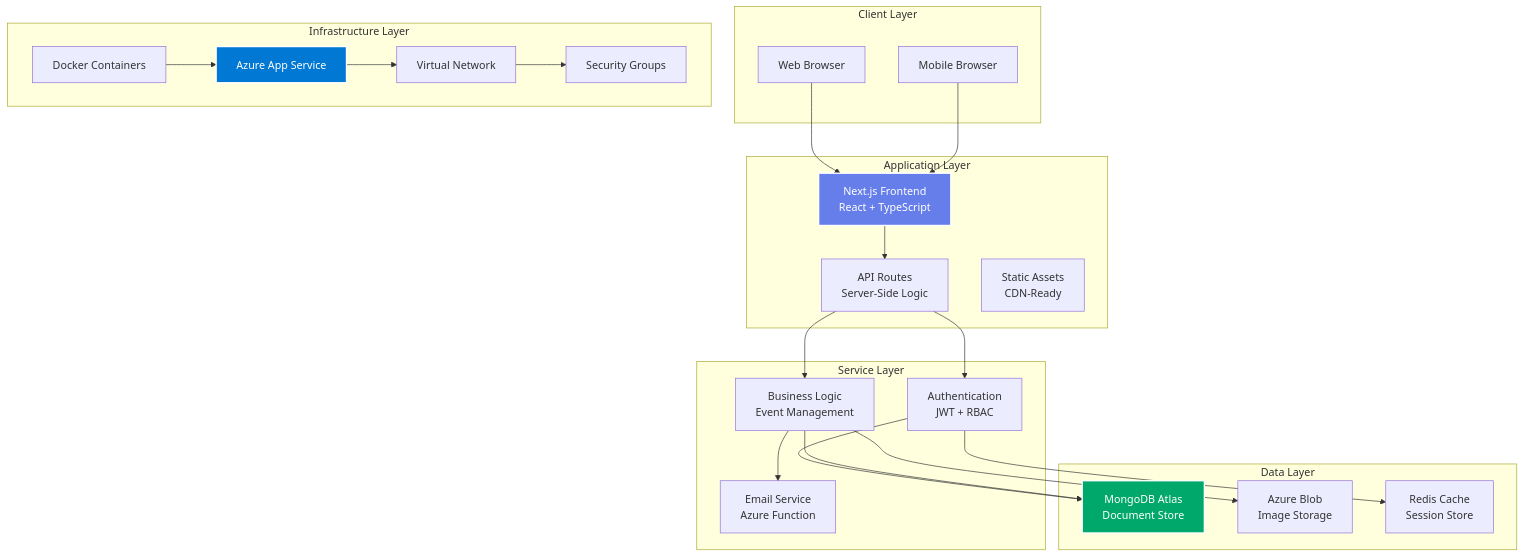
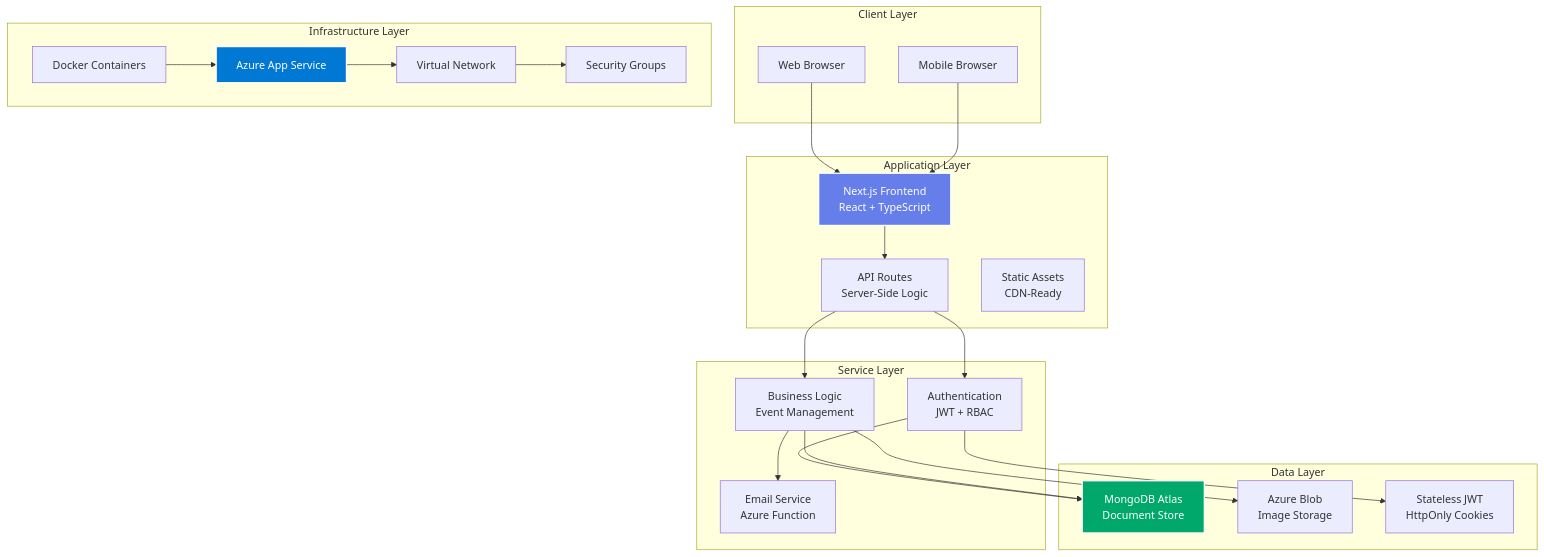
One commit to mvulcu/devops-portfolio-docs changed the first of 6 diagrams in docs/kulturHub/architecture.md. Above: the diagram before and after it, drawn with Mermaid. The commit also changed other lines of this file and 4 other files, not shown here.

First line of the commit message:
docs(kulturhub): harden architecture, security and cicd best practices

````diff
--- a/docs/kulturHub/architecture.md
+++ b/docs/kulturHub/architecture.md
@@ -15,51 +15,51 @@
 ```mermaid
 graph TB
     subgraph "Client Layer"
         A[Web Browser]
         B[Mobile Browser]
     end
     
     subgraph "Application Layer"
         C[Next.js Frontend<br/>React + TypeScript]
         D[API Routes<br/>Server-Side Logic]
         E[Static Assets<br/>CDN-Ready]
     end
     
     subgraph "Service Layer"
         F[Authentication<br/>JWT + RBAC]
         G[Business Logic<br/>Event Management]
         H[Email Service<br/>Azure Function]
     end
     
     subgraph "Data Layer"
         I[MongoDB Atlas<br/>Document Store]
         J[Azure Blob<br/>Image Storage]
-        K[Redis Cache<br/>Session Store]
+        K[Stateless JWT<br/>HttpOnly Cookies]
     end
     
     subgraph "Infrastructure Layer"
         L[Docker Containers]
         M[Azure App Service]
         N[Virtual Network]
         O[Security Groups]
     end
     
     A --> C
     B --> C
     C --> D
     D --> F
     D --> G
     G --> H
     F --> I
     G --> I
     G --> J
     F --> K
     
     L --> M
     M --> N
     N --> O
     
     style C fill:#667eea,stroke:#fff,stroke-width:2px,color:#fff
     style I fill:#00a86b,stroke:#fff,stroke-width:2px,color:#fff
     style M fill:#0078d4,stroke:#fff,stroke-width:2px,color:#fff
 ```
````
